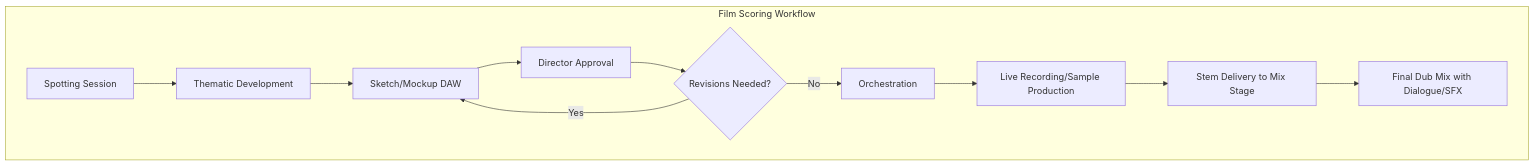
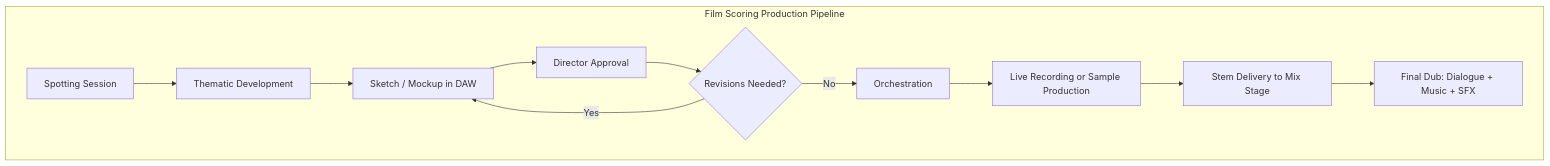
Before and after one commit to blebleblee/synapse: the diagram in topics/arts/composition/film_scoring/lesson_04_practical_scoring_exercises.md, drawn with Mermaid. The commit also changed other lines of this file and 4 other files, not shown here.

Commit message:
enhance(film_scoring): masterclass curriculum

````diff
--- a/topics/arts/composition/film_scoring/lesson_04_practical_scoring_exercises.md
+++ b/topics/arts/composition/film_scoring/lesson_04_practical_scoring_exercises.md
@@ -16,14 +16,14 @@
 ```mermaid
 graph TD
-    subgraph sub_score_workflow ["Film Scoring Workflow"]
+    subgraph sub_score_workflow ["Film Scoring Production Pipeline"]
         A[Spotting Session] --> B[Thematic Development]
-        B --> C["Sketch/Mockup DAW"]
+        B --> C["Sketch / Mockup in DAW"]
         C --> D[Director Approval]
         D --> E{Revisions Needed?}
         E -->|Yes| C
         E -->|No| F[Orchestration]
-        F --> G["Live Recording/Sample Production"]
+        F --> G["Live Recording or Sample Production"]
         G --> H[Stem Delivery to Mix Stage]
-        H --> I["Final Dub Mix with Dialogue/SFX"]
+        H --> I["Final Dub: Dialogue + Music + SFX"]
     end
 ```
````
